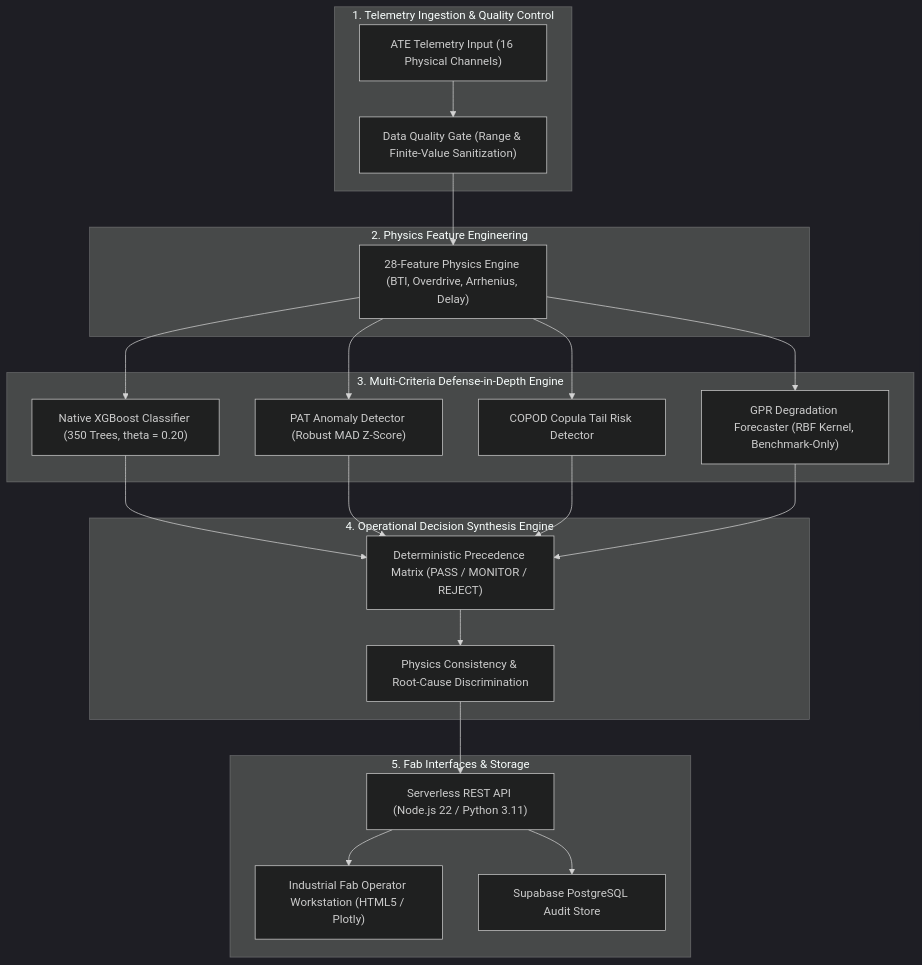
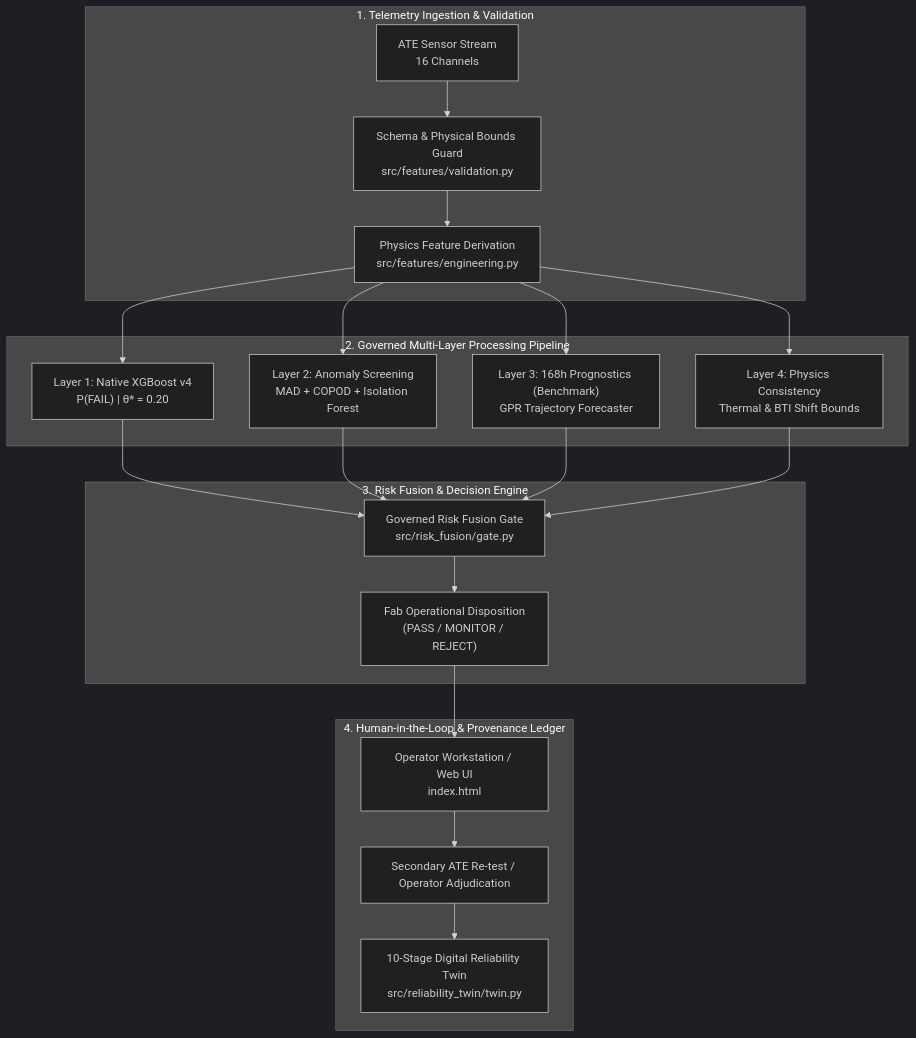
One commit to umeshpandeysh/predicta-26 changed the first of 3 diagrams in README.md. Above: the diagram before and after it, drawn with Mermaid (dark theme). The commit also changed other lines of this file, not shown here.

Commit message:
docs: rebuild README.md for SIH PS-170 with forensic accuracy and engineering rigor

````diff
--- a/README.md
+++ b/README.md
@@ -34,34 +97,28 @@
 ```mermaid
 flowchart TD
-    subgraph INGESTION["1. Telemetry Ingestion & Quality Control"]
-        ATE["ATE Telemetry Input (16 Physical Channels)"]
-        VAL["Data Quality Gate (Range & Finite-Value Sanitization)"]
+    subgraph INGEST ["1. Telemetry Ingestion & Validation"]
+        A[ATE Sensor Stream<br/>16 Channels] --> B[Schema & Physical Bounds Guard<br/>src/features/validation.py]
+        B --> C[Physics Feature Derivation<br/>src/features/engineering.py]
     end
 
-    subgraph PREPROC["2. Physics Feature Engineering"]
-        FE["28-Feature Physics Engine (BTI, Overdrive, Arrhenius, Delay)"]
+    subgraph ENGINE ["2. Governed Multi-Layer Processing Pipeline"]
+        C --> D["Layer 1: Native XGBoost v4<br/>P(FAIL) | θ* = 0.20"]
+        C --> E["Layer 2: Anomaly Screening<br/>MAD + COPOD + Isolation Forest"]
+        C --> F["Layer 3: 168h Prognostics (Benchmark)<br/>GPR Trajectory Forecaster"]
+        C --> G["Layer 4: Physics Consistency<br/>Thermal & BTI Shift Bounds"]
     end
 
-    subgraph ENSEMBLE["3. Multi-Criteria Defense-in-Depth Engine"]
-        XGB["Native XGBoost Classifier (350 Trees, theta = 0.20)"]
-        PAT["PAT Anomaly Detector (Robust MAD Z-Score)"]
-        COPOD["COPOD Copula Tail Risk Detector"]
-        GPR["GPR Degradation Forecaster (RBF Kernel, Benchmark-Only)"]
+    subgraph FUSION ["3. Risk Fusion & Decision Engine"]
+        D --> H[Governed Risk Fusion Gate<br/>src/risk_fusion/gate.py]
+        E --> H
+        F --> H
+        G --> H
+        H --> I["Fab Operational Disposition<br/>(PASS / MONITOR / REJECT)"]
     end
 
-    subgraph DISPOSITION["4. Operational Decision Synthesis Engine"]
-        RULES["Deterministic Precedence Matrix (PASS / MONITOR / REJECT)"]
-        DISCRIM["Physics Consistency & Root-Cause Discrimination"]
+    subgraph ADJUDICATION ["4. Human-in-the-Loop & Provenance Ledger"]
+        I --> J[Operator Workstation / Web UI<br/>index.html]
+        J --> K[Secondary ATE Re-test / Operator Adjudication]
+        K --> L[10-Stage Digital Reliability Twin<br/>src/reliability_twin/twin.py]
     end
-
-    subgraph CONSUMPTION["5. Fab Interfaces & Storage"]
-        API["Serverless REST API (Node.js 22 / Python 3.11)"]
-        DASH["Industrial Fab Operator Workstation (HTML5 / Plotly)"]
-        DB["Supabase PostgreSQL Audit Store"]
-    end
-
-    ATE --> VAL --> FE
-    FE --> XGB & PAT & COPOD & GPR
-    XGB & PAT & COPOD & GPR --> RULES --> DISCRIM
-    DISCRIM --> API --> DASH & DB
 ```
````
